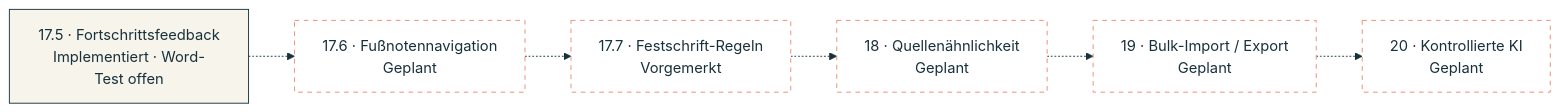
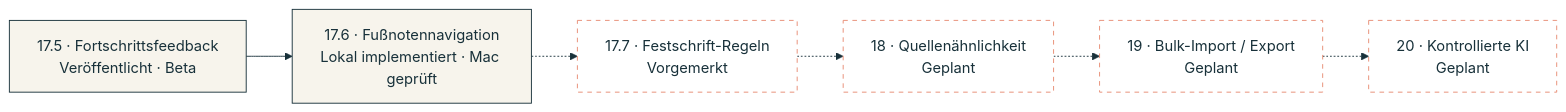
One commit to AfsharLT/footnote-checker changed the fourth of 4 diagrams in README.md. Above: the diagram before and after it, drawn with Mermaid. The commit also changed other lines of this file and 27 other files, not shown here.

Commit message:
POC 17.6: Add safe Word footnote navigation

````diff
--- a/README.md
+++ b/README.md
@@ -203,13 +205,14 @@
 ```mermaid
 %%{init: {'theme': 'base', 'themeVariables': {'primaryColor': '#F7F4EC', 'primaryTextColor': '#18313A', 'primaryBorderColor': '#18313A', 'lineColor': '#18313A'}}}%%
 flowchart LR
-    Current["17.5 · Fortschrittsfeedback<br/>Implementiert · Word-Test offen"]
-    Navigation["17.6 · Fußnotennavigation<br/>Geplant"]
+    Current["17.5 · Fortschrittsfeedback<br/>Veröffentlicht · Beta"]
+    Navigation["17.6 · Fußnotennavigation<br/>Lokal implementiert · Mac geprüft"]
     Festschrift["17.7 · Festschrift-Regeln<br/>Vorgemerkt"]
     Similarity["18 · Quellenähnlichkeit<br/>Geplant"]
     Import["19 · Bulk-Import / Export<br/>Geplant"]
     AI["20 · Kontrollierte KI<br/>Geplant"]
-    Current -.-> Navigation -.-> Festschrift -.-> Similarity -.-> Import -.-> AI
+    Current --> Navigation
+    Navigation -.-> Festschrift -.-> Similarity -.-> Import -.-> AI
     classDef planned fill:#ffffff,stroke:#E88B72,stroke-dasharray:5 5,color:#18313A;
-    class Navigation,Festschrift,Similarity,Import,AI planned;
+    class Festschrift,Similarity,Import,AI planned;
 ```
````
